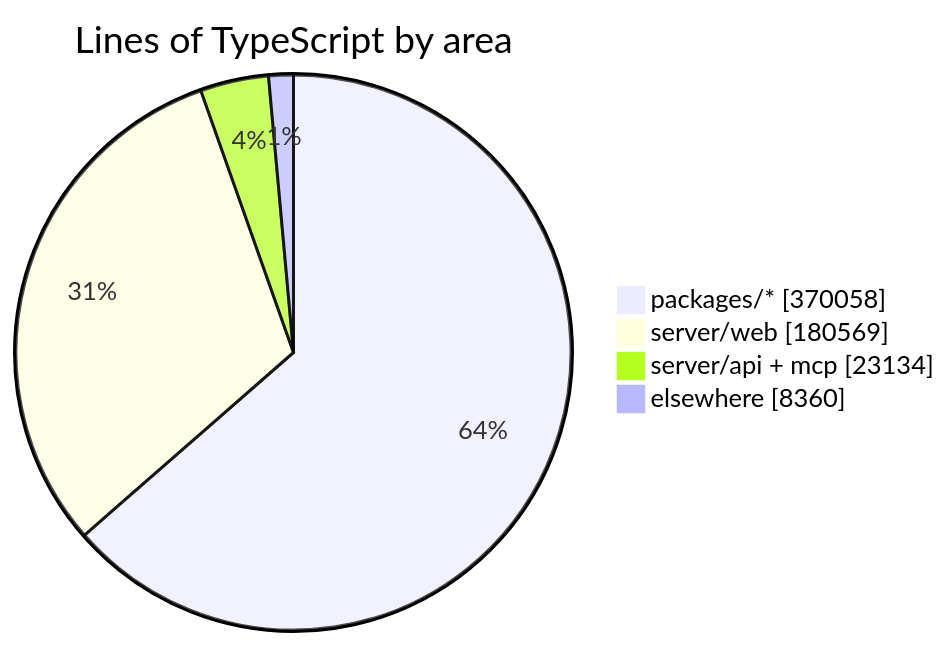
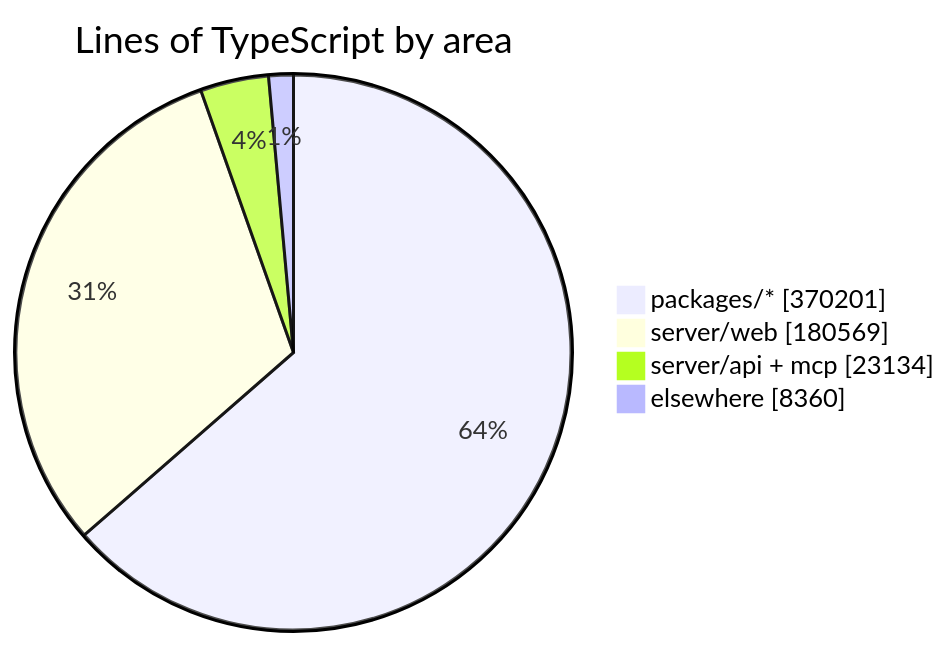
One commit to crossworks-engineering/mantle changed the diagram in README.md. Above: the diagram before and after it, drawn with Mermaid. The commit also changed other lines of this file and 2 other files, not shown here.

````diff
--- a/README.md
+++ b/README.md
@@ -294,7 +294,7 @@
 ```mermaid
 pie showData title Lines of TypeScript by area
-    "packages/*" : 370058
+    "packages/*" : 370201
     "server/web" : 180569
     "server/api + mcp" : 23134
     "elsewhere" : 8360
 ```
````
